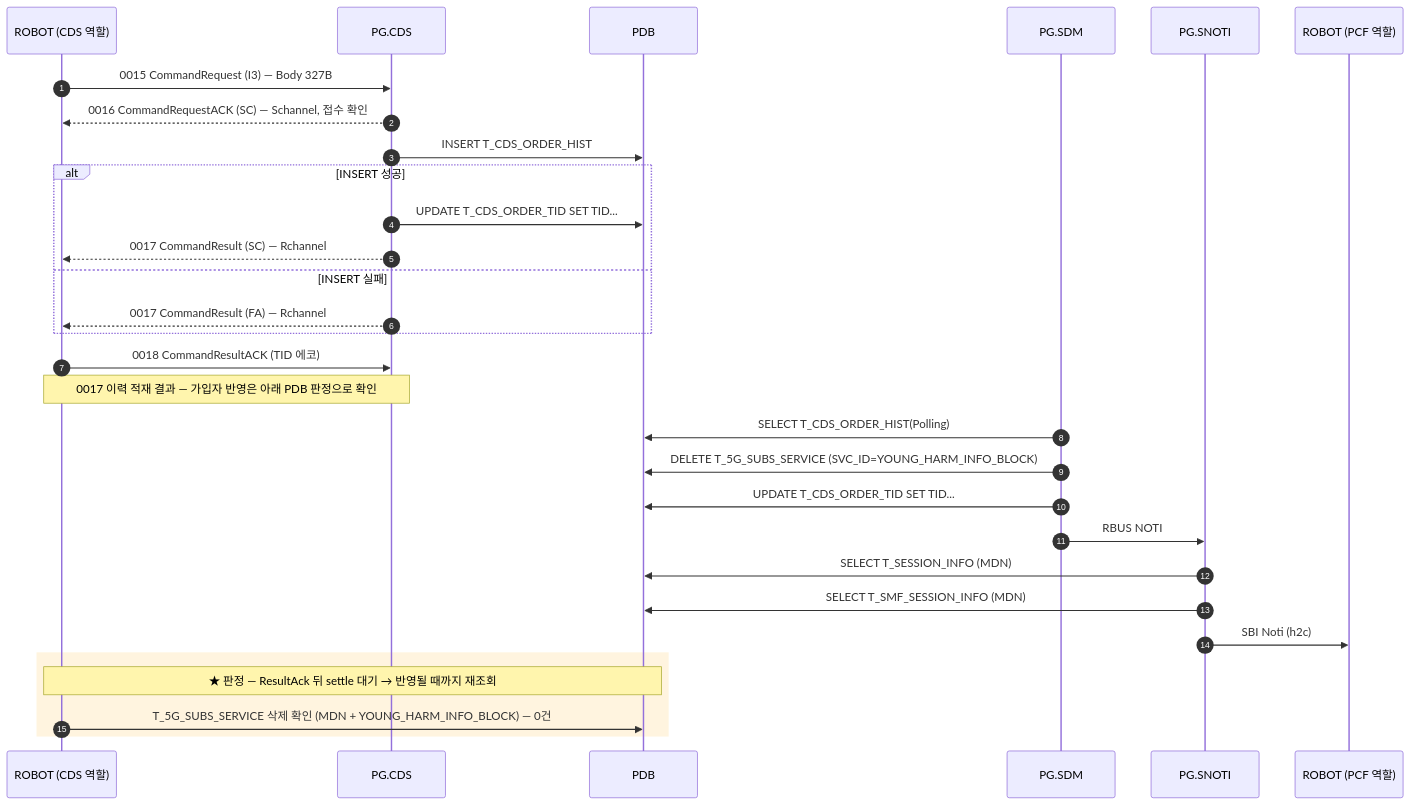
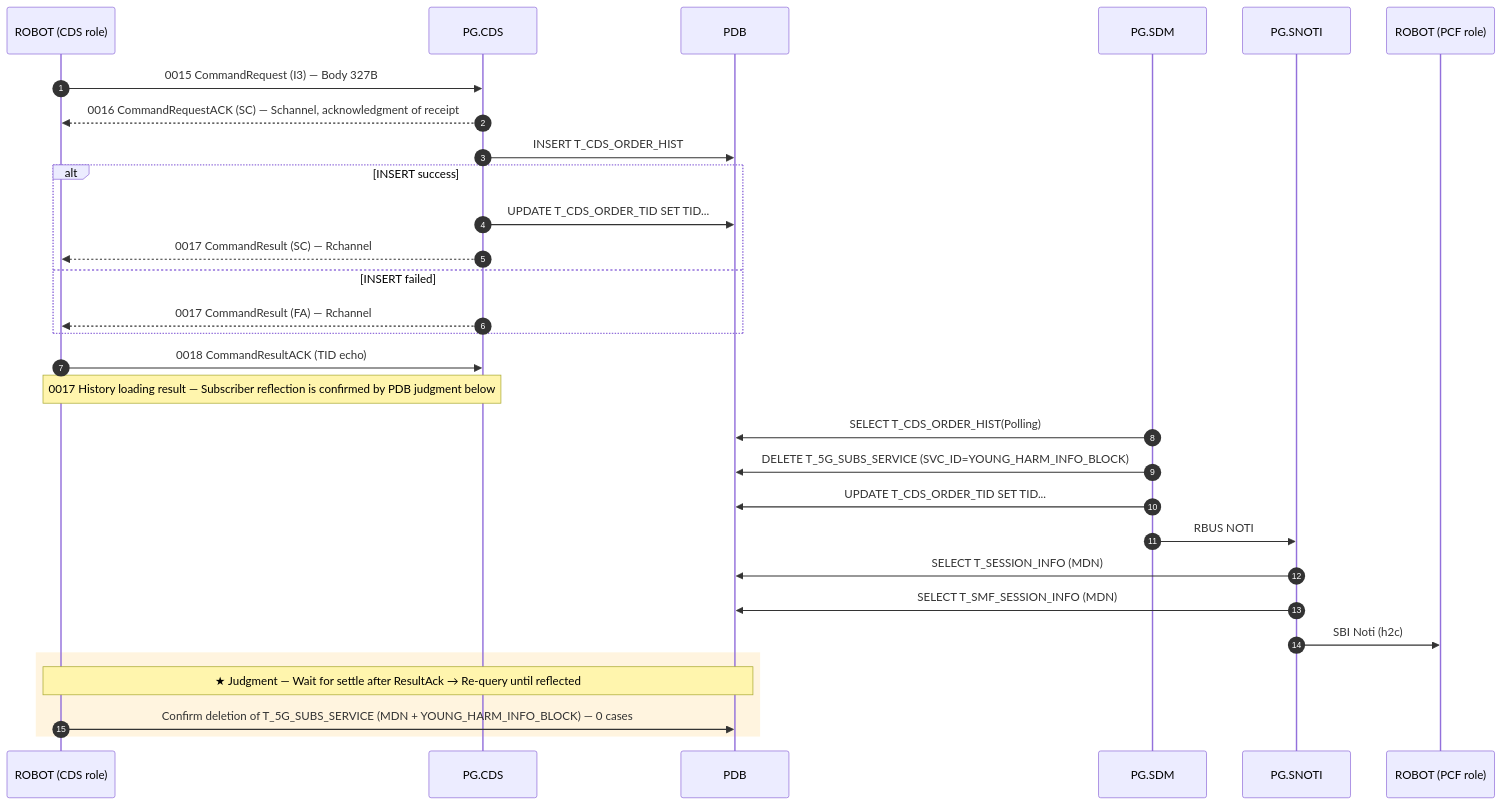
The fifth of 11 diagrams in docs/callflow/cds_callflow.md (IanKim2030/tc4robot), drawn with Mermaid before and after one commit. The commit also changed other lines of this file and 83 other files, not shown here.

````diff
--- a/docs/callflow/cds_callflow.md
+++ b/docs/callflow/cds_callflow.md
@@ -510,34 +510,34 @@
 ```mermaid
 sequenceDiagram
     autonumber
-    participant TOOL as ROBOT (CDS 역할)
+    participant TOOL as ROBOT (CDS role)
     participant PCDS as PG.CDS
     participant PDB as PDB
     participant SDM as PG.SDM
     participant SNOTI as PG.SNOTI
-    participant PCF as ROBOT (PCF 역할)
+    participant PCF as ROBOT (PCF role)
 
     TOOL->>PCDS: 0015 CommandRequest (I3) — Body 327B
-    PCDS-->>TOOL: 0016 CommandRequestACK (SC) — Schannel, 접수 확인
+    PCDS-->>TOOL: 0016 CommandRequestACK (SC) — Schannel, acknowledgment of receipt
     PCDS->>PDB: INSERT T_CDS_ORDER_HIST
-    alt INSERT 성공
+    alt INSERT success
         PCDS->>PDB: UPDATE T_CDS_ORDER_TID SET TID...
         PCDS-->>TOOL: 0017 CommandResult (SC) — Rchannel
-    else INSERT 실패
+    else INSERT failed
         PCDS-->>TOOL: 0017 CommandResult (FA) — Rchannel
     end
-    TOOL->>PCDS: 0018 CommandResultACK (TID 에코)
-    Note over TOOL,PCDS: 0017 이력 적재 결과 — 가입자 반영은 아래 PDB 판정으로 확인
+    TOOL->>PCDS: 0018 CommandResultACK (TID echo)
+    Note over TOOL,PCDS: 0017 History loading result — Subscriber reflection is confirmed by PDB judgment below
 
     SDM->>PDB: SELECT T_CDS_ORDER_HIST(Polling)
     SDM->>PDB: DELETE T_5G_SUBS_SERVICE (SVC_ID=YOUNG_HARM_INFO_BLOCK)
     SDM->>PDB: UPDATE T_CDS_ORDER_TID SET TID...
     SDM->>SNOTI: RBUS NOTI
     SNOTI->>PDB: SELECT T_SESSION_INFO (MDN)
     SNOTI->>PDB: SELECT T_SMF_SESSION_INFO (MDN)
     SNOTI->>PCF: SBI Noti (h2c)
     rect rgba(255, 176, 32, 0.14)
-    Note over TOOL,PDB: ★ 판정 — ResultAck 뒤 settle 대기 → 반영될 때까지 재조회
-        TOOL->>PDB: T_5G_SUBS_SERVICE 삭제 확인 (MDN + YOUNG_HARM_INFO_BLOCK) — 0건
+    Note over TOOL, PDB: ★ Judgment — Wait for settle after ResultAck → Re-query until reflected
+        TOOL->>PDB: Confirm deletion of T_5G_SUBS_SERVICE (MDN + YOUNG_HARM_INFO_BLOCK) — 0 cases
     end
 ```
````
